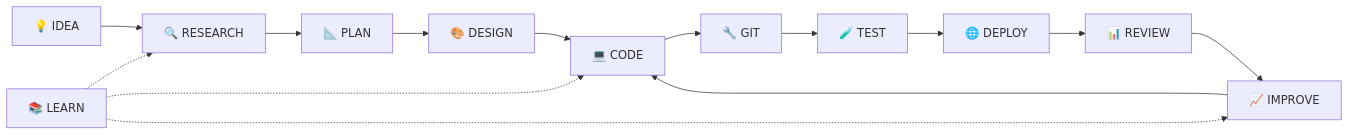
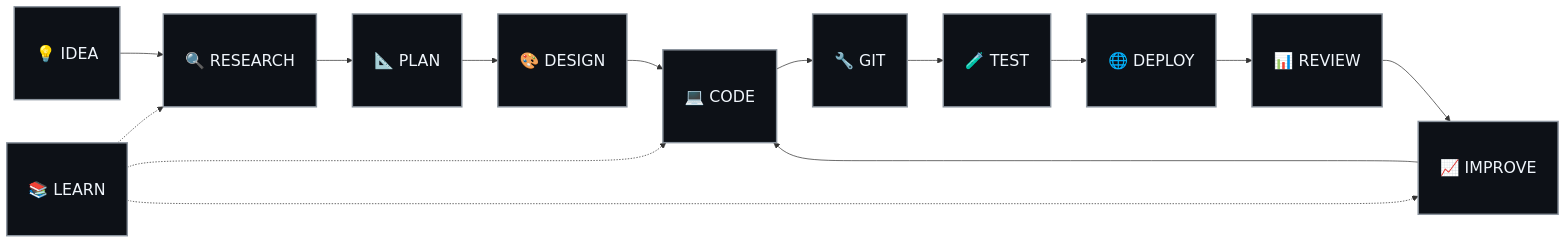
One commit to s4yush/s4yush changed the diagram in README.md. Above: the diagram before and after it, drawn with Mermaid. The commit also changed other lines of this file, not shown here.

````diff
--- a/README.md
+++ b/README.md
@@ -81,16 +81,20 @@
 ```mermaid
 flowchart LR
     A["💡 IDEA"] --> B["🔍 RESEARCH"]
     B --> C["📐 PLAN"]
     C --> D["🎨 DESIGN"]
     D --> E["💻 CODE"]
     E --> F["🔧 GIT"]
     F --> G["🧪 TEST"]
     G --> H["🌐 DEPLOY"]
     H --> I["📊 REVIEW"]
     I --> J["📈 IMPROVE"]
     J --> E
+
     K["📚 LEARN"] -.-> B
     K -.-> E
     K -.-> J
+
+    classDef big fill:#0d1117,stroke:#8b949e,stroke-width:2px,color:#f0f6fc,font-size:22px,padding:18px;
+    class A,B,C,D,E,F,G,H,I,J,K big;
 ```
````
